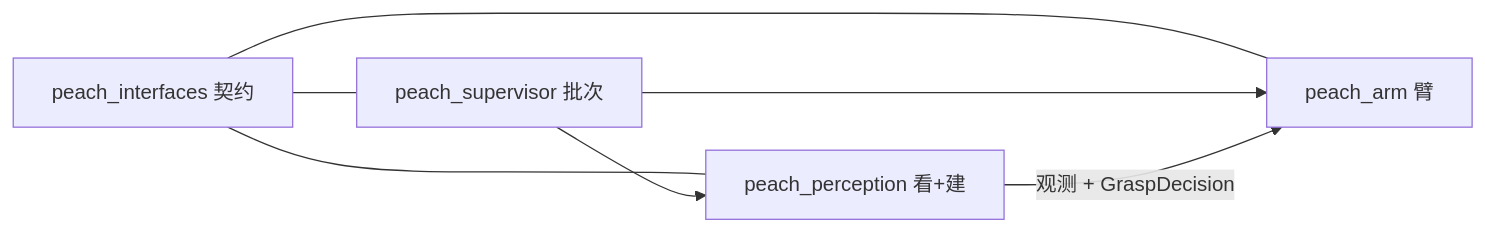
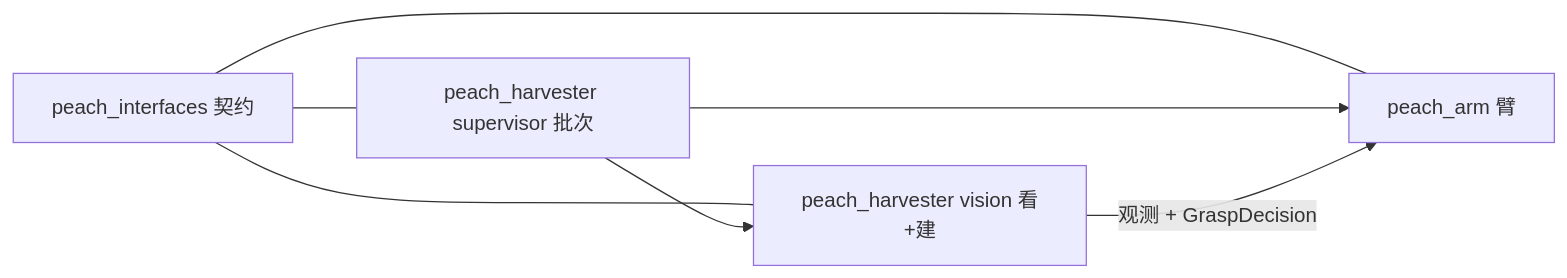
Before and after one commit to MUHAN11-c/aubo_boot: the seventh of 15 diagrams in docs/architecture.md, drawn with Mermaid. The commit also changed other lines of this file and 291 other files, not shown here.

````diff
--- a/docs/architecture.md
+++ b/docs/architecture.md
@@ -417,13 +423,13 @@
 ```mermaid
 flowchart LR
   iface["peach_interfaces 契约"]
-  perc["peach_perception 看+建"]
+  perc["peach_harvester vision 看+建"]
   skills["peach_arm 臂"]
-  exe["peach_supervisor 批次"]
+  exe["peach_harvester supervisor 批次"]
   iface --- perc
   iface --- skills
   iface --- exe
   exe --> perc
   exe --> skills
   perc -->|"观测 + GraspDecision"| skills
 ```
````
